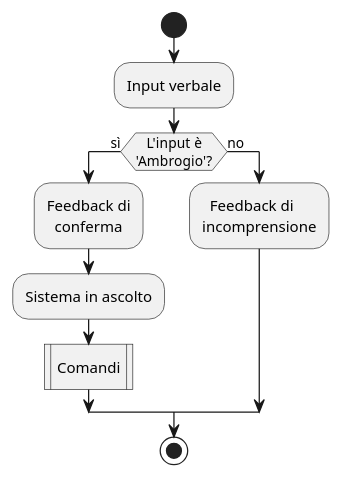
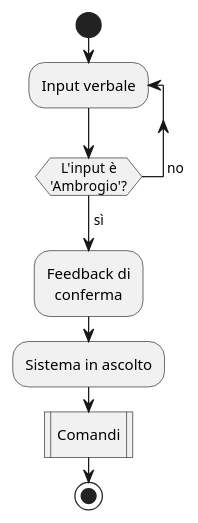
Before and after one commit to Andribi/AmbrogioDiagrams: the diagram in A3.puml, drawn with PlantUML.

```diff
--- a/A3.puml
+++ b/A3.puml
@@ -1,17 +1,16 @@
 @startuml
 'Requisito 2.1 Riconoscimento della keyword
 '3.1 e 3.2 Gestione degli input/output
 
 skinparam ConditionEndStyle hline
+start
 
-start
-:Input verbale;
-if (   L'input è \n'Ambrogio'?) then (sì)
-:Feedback di\n  conferma;
-:Sistema in ascolto;
-:Comandi|
-else (no)
-:  Feedback di\nincomprensione;
-Endif
+repeat :Input verbale;
+repeat while (   L'input è \n'Ambrogio'?) is (       no)
+    -> sì;
+    :Feedback di\n  conferma;
+    :Sistema in ascolto;
+    :Comandi|
 stop
+
 @enduml
```
